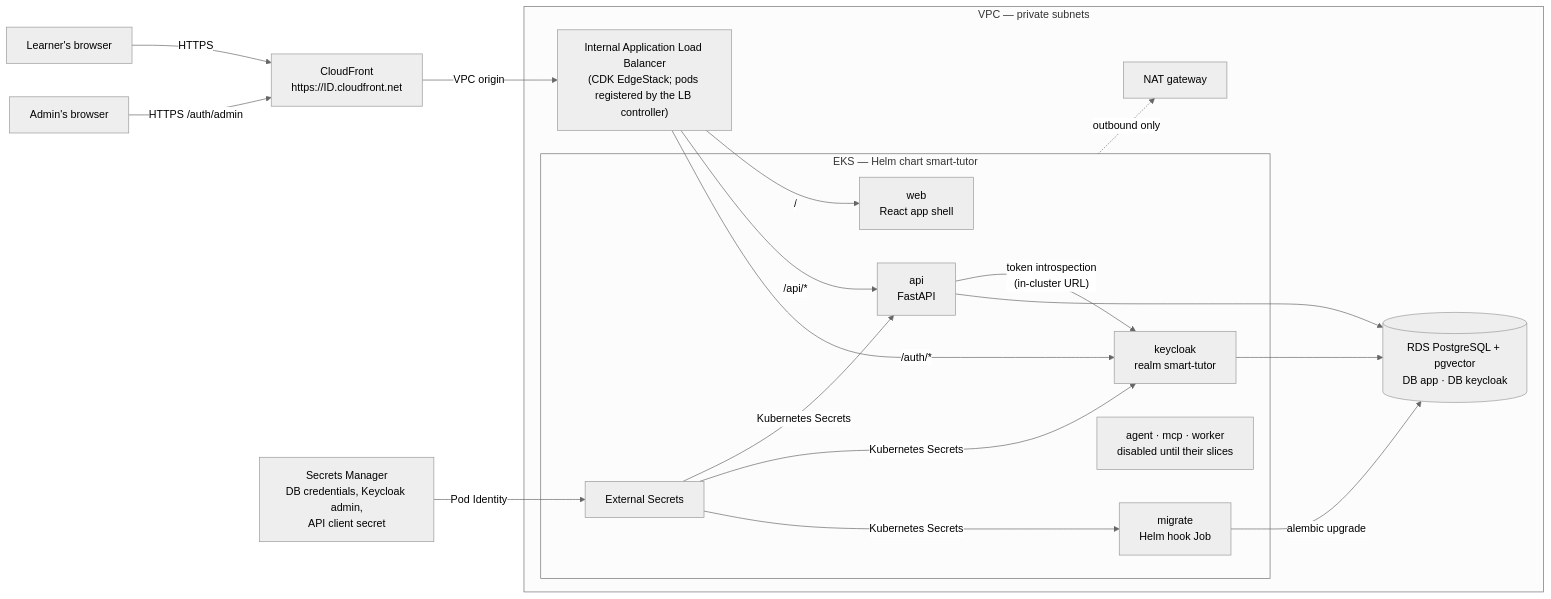
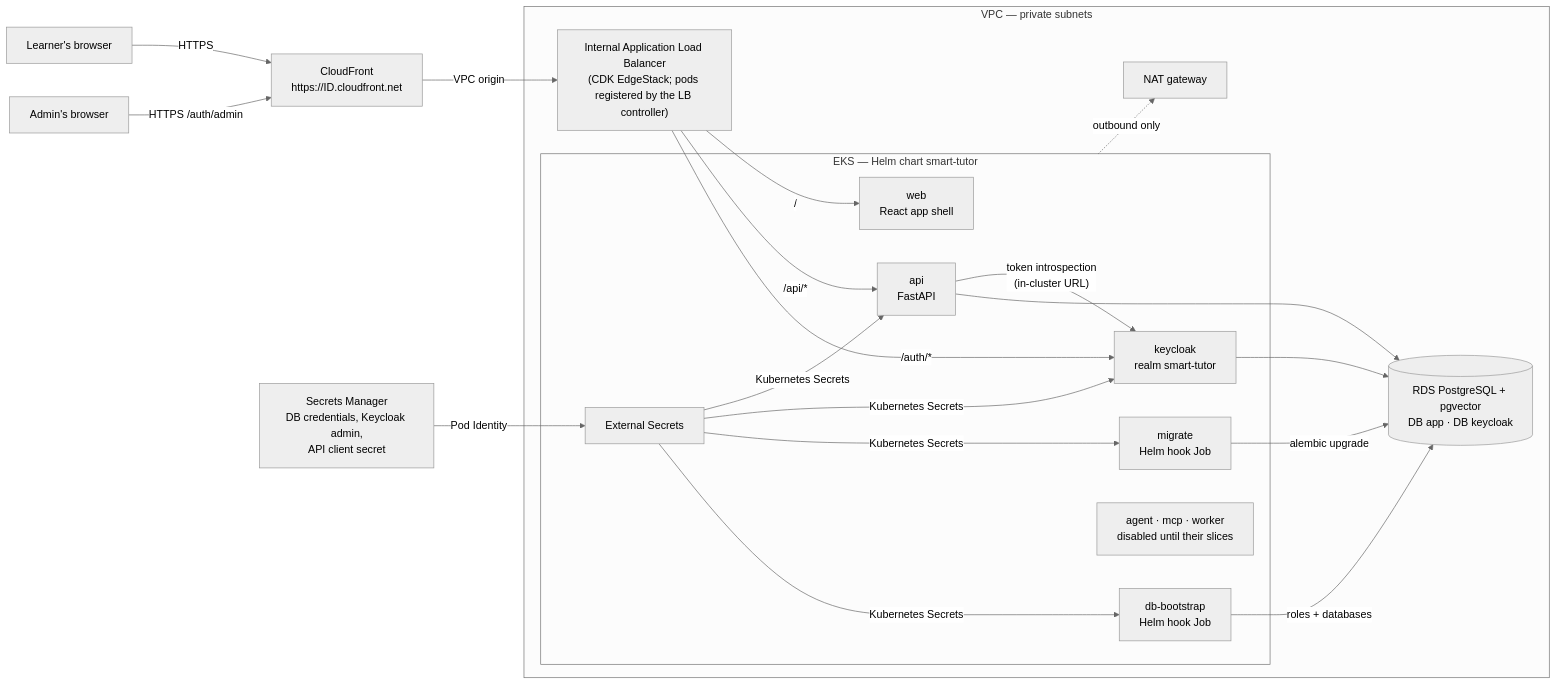
Before and after one commit to konica/agent-tutor: the third of 5 diagrams in docs/runbooks/pilot-environment-overview.md, drawn with Mermaid (neutral theme). The commit also changed other lines of this file and 6 other files, not shown here.

````diff
--- a/docs/runbooks/pilot-environment-overview.md
+++ b/docs/runbooks/pilot-environment-overview.md
@@ -72,32 +72,34 @@
 ```mermaid
 flowchart LR
   U["Learner's browser"] -->|"HTTPS"| CF["CloudFront<br/>https://ID.cloudfront.net"]
   ADM["Admin's browser"] -->|"HTTPS /auth/admin"| CF
 
   subgraph VPC["VPC — private subnets"]
     ALB["Internal Application Load Balancer<br/>(CDK EdgeStack; pods registered by the LB controller)"]
     subgraph K8S["EKS — Helm chart smart-tutor"]
       WEB["web<br/>React app shell"]
       API["api<br/>FastAPI"]
       KC["keycloak<br/>realm smart-tutor"]
       MIG["migrate<br/>Helm hook Job"]
+      BOOT["db-bootstrap<br/>Helm hook Job"]
       ESO["External Secrets"]
       LATER["agent · mcp · worker<br/>disabled until their slices"]
     end
     RDS[("RDS PostgreSQL + pgvector<br/>DB app · DB keycloak")]
     NAT["NAT gateway"]
   end
 
   SM["Secrets Manager<br/>DB credentials, Keycloak admin,<br/>API client secret"]
 
   CF -->|"VPC origin"| ALB
   ALB -->|"/"| WEB
   ALB -->|"/api/*"| API
   ALB -->|"/auth/*"| KC
   API -->|"token introspection<br/>(in-cluster URL)"| KC
   API --> RDS
   MIG -->|"alembic upgrade"| RDS
+  BOOT -->|"roles + databases"| RDS
   KC --> RDS
-  SM -->|"Pod Identity"| ESO -->|"Kubernetes Secrets"| API & KC & MIG
+  SM -->|"Pod Identity"| ESO -->|"Kubernetes Secrets"| API & KC & MIG & BOOT
   K8S -.->|"outbound only"| NAT
 ```
````
